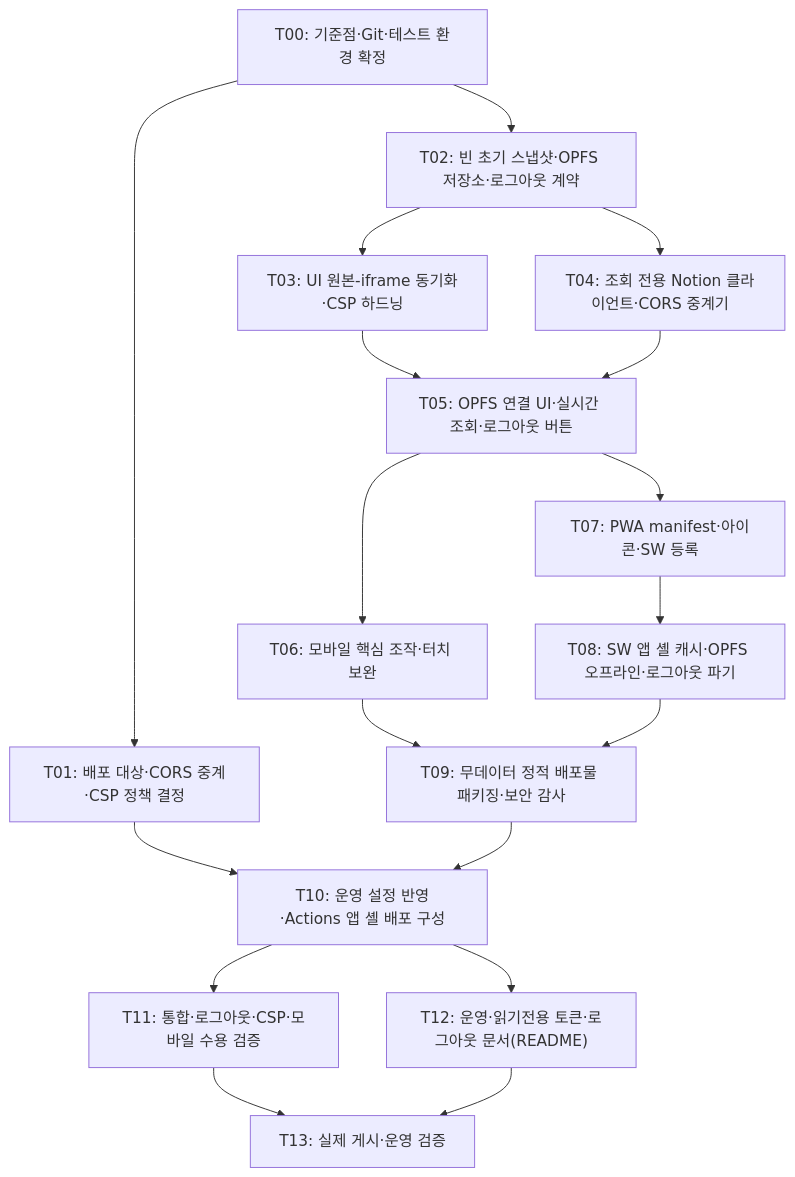
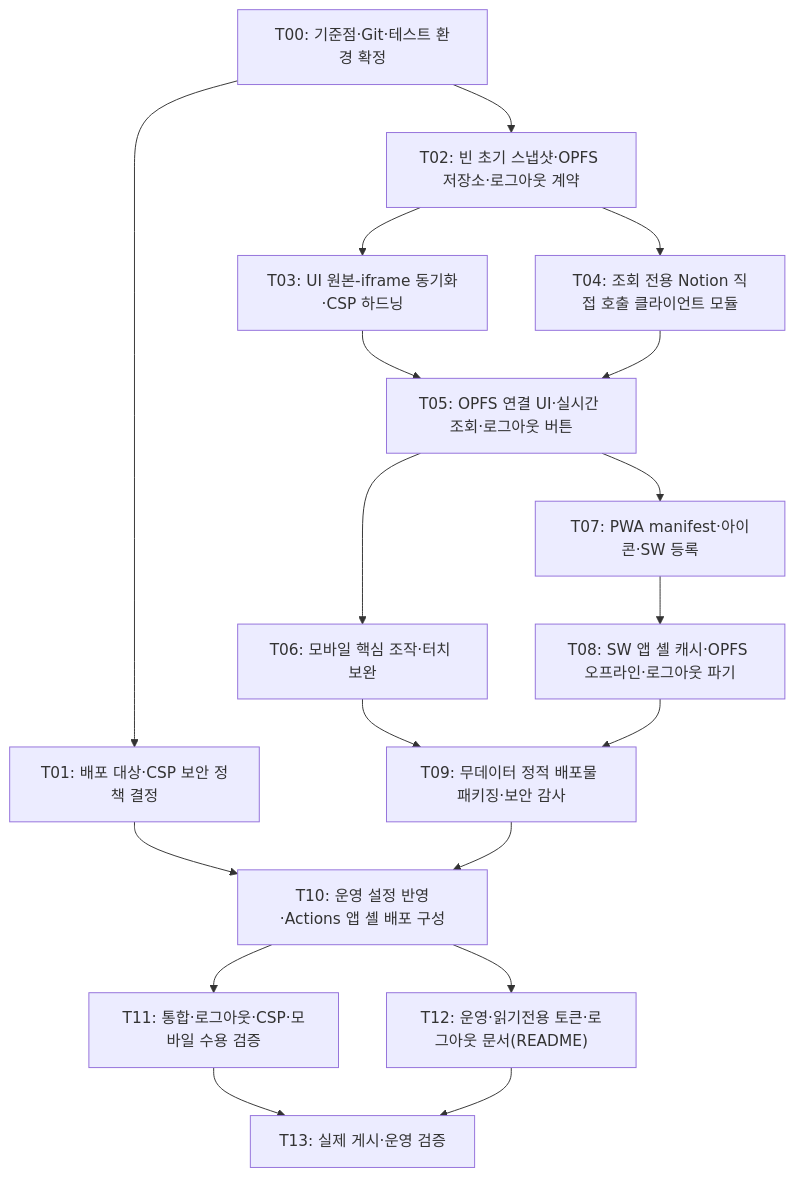
One commit to kangseokgyu/pixel-agent-hq changed the diagram in PLAN.md. Above: the diagram before and after it, drawn with Mermaid. The commit also changed other lines of this file and 18 other files, not shown here.

Commit message:
Remove CORS relay, call Notion API directly, and enforce strict CSP

````diff
--- a/PLAN.md
+++ b/PLAN.md
@@ -26,27 +26,27 @@
 ```mermaid
 flowchart TD
-    T00["T00: 기준점·Git·테스트 환경 확정"] --> T01["T01: 배포 대상·CORS 중계·CSP 정책 결정"]
+    T00["T00: 기준점·Git·테스트 환경 확정"] --> T01["T01: 배포 대상·CSP 보안 정책 결정"]
     T00 --> T02["T02: 빈 초기 스냅샷·OPFS 저장소·로그아웃 계약"]
 
     T02 --> T03["T03: UI 원본-iframe 동기화·CSP 하드닝"]
-    T02 --> T04["T04: 조회 전용 Notion 클라이언트·CORS 중계기"]
+    T02 --> T04["T04: 조회 전용 Notion 직접 호출 클라이언트 모듈"]
 
     T03 --> T05["T05: OPFS 연결 UI·실시간 조회·로그아웃 버튼"]
     T04 --> T05
 
     T05 --> T06["T06: 모바일 핵심 조작·터치 보완"]
     T05 --> T07["T07: PWA manifest·아이콘·SW 등록"]
     T07 --> T08["T08: SW 앱 셸 캐시·OPFS 오프라인·로그아웃 파기"]
 
     T06 --> T09["T09: 무데이터 정적 배포물 패키징·보안 감사"]
     T08 --> T09
 
     T01 --> T10["T10: 운영 설정 반영·Actions 앱 셸 배포 구성"]
     T09 --> T10
 
     T10 --> T11["T11: 통합·로그아웃·CSP·모바일 수용 검증"]
     T10 --> T12["T12: 운영·읽기전용 토큰·로그아웃 문서(README)"]
 
     T11 --> T13["T13: 실제 게시·운영 검증"]
     T12 --> T13
 ```
````
